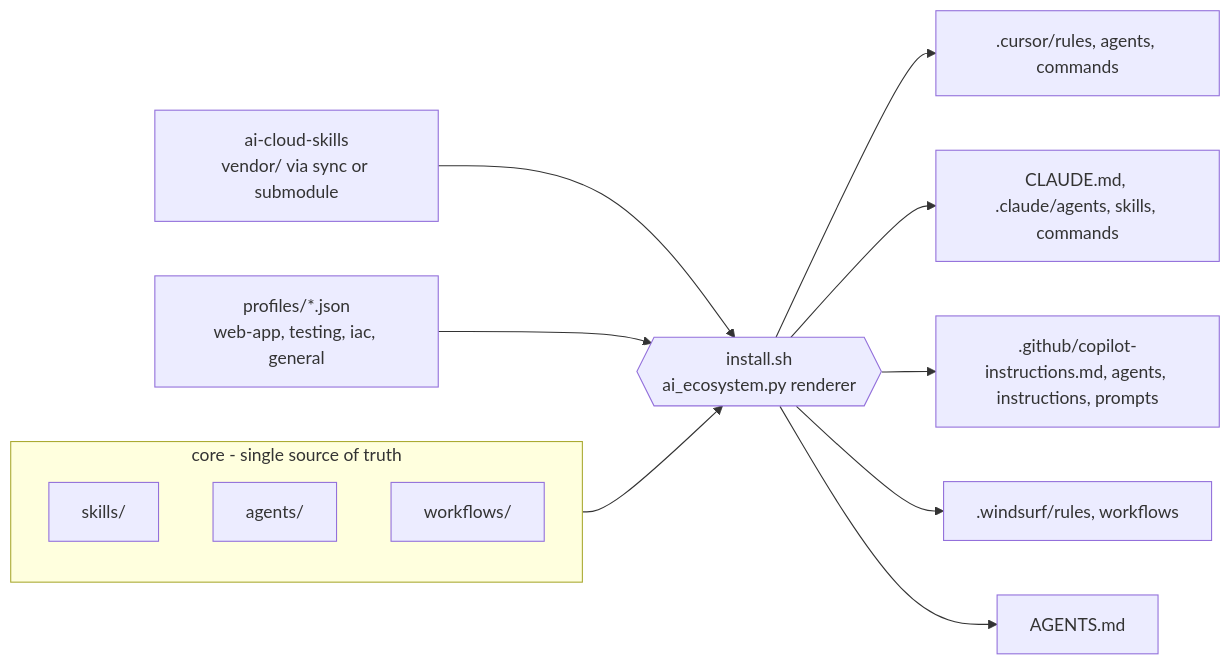
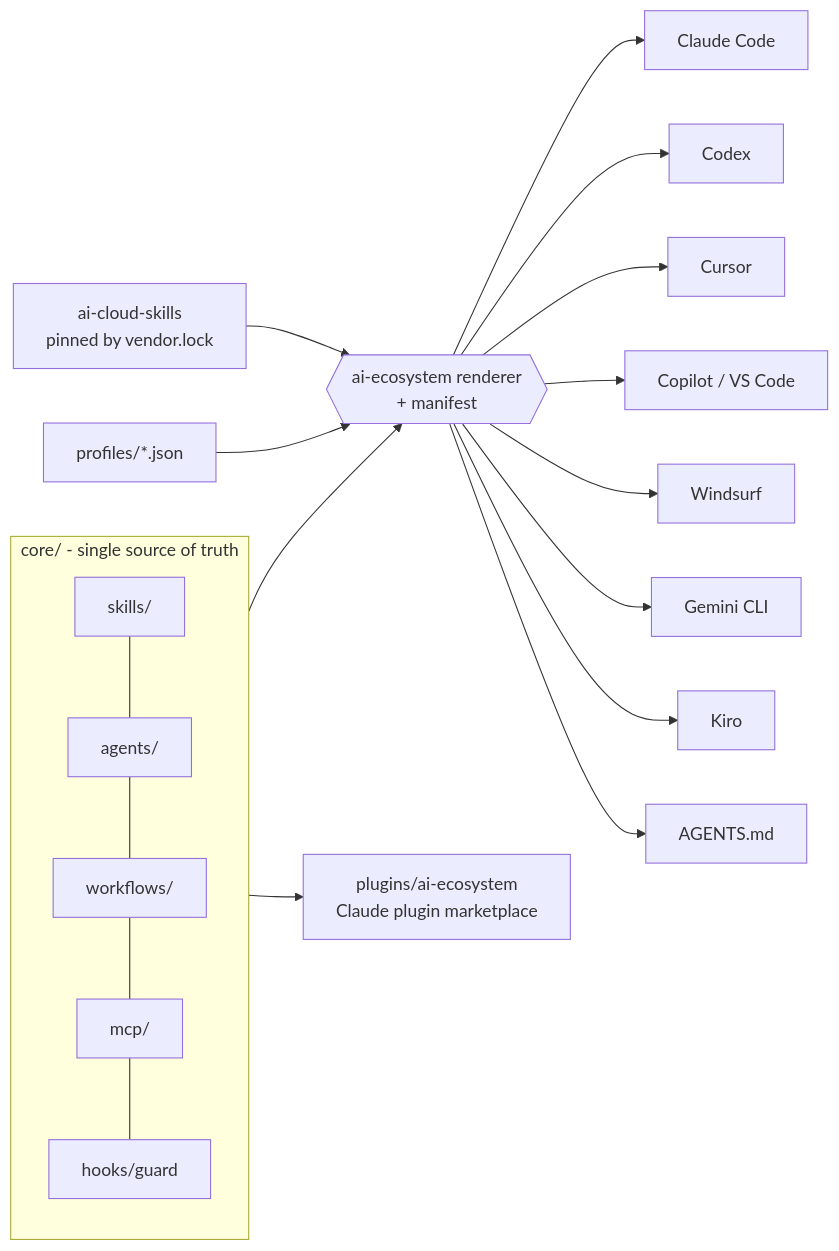
Before and after one commit to nkandagatla/ai-ecosystem: the diagram in README.md, drawn with Mermaid. The commit also changed other lines of this file and 7 other files, not shown here.

````diff
--- a/README.md
+++ b/README.md
@@ -37,16 +56,18 @@
 ```mermaid
 flowchart LR
-  subgraph core[core - single source of truth]
-    S[skills/]
-    A[agents/]
-    W[workflows/]
+  subgraph core[core/ - single source of truth]
+    S[skills/] --- A[agents/] --- W[workflows/] --- M[mcp/] --- H[hooks/guard]
   end
-  X[ai-cloud-skills<br/>vendor/ via sync or submodule] --> R
-  P[profiles/*.json<br/>web-app, testing, iac, general] --> R
-  core --> R{{install.sh<br/>ai_ecosystem.py renderer}}
-  R --> C[".cursor/rules, agents, commands"]
-  R --> CL["CLAUDE.md, .claude/agents, skills, commands"]
-  R --> V[".github/copilot-instructions.md, agents, instructions, prompts"]
-  R --> WS[".windsurf/rules, workflows"]
+  X[ai-cloud-skills<br/>pinned by vendor.lock] --> R
+  P[profiles/*.json] --> R
+  core --> R{{ai-ecosystem renderer<br/>+ manifest}}
+  R --> CL[Claude Code]
+  R --> CX[Codex]
+  R --> CU[Cursor]
+  R --> CP[Copilot / VS Code]
+  R --> WS[Windsurf]
+  R --> GM[Gemini CLI]
+  R --> KI[Kiro]
   R --> AG[AGENTS.md]
+  core --> PL[plugins/ai-ecosystem<br/>Claude plugin marketplace]
 ```
````
